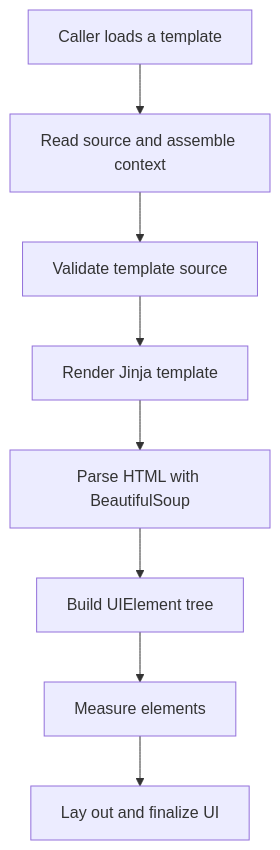
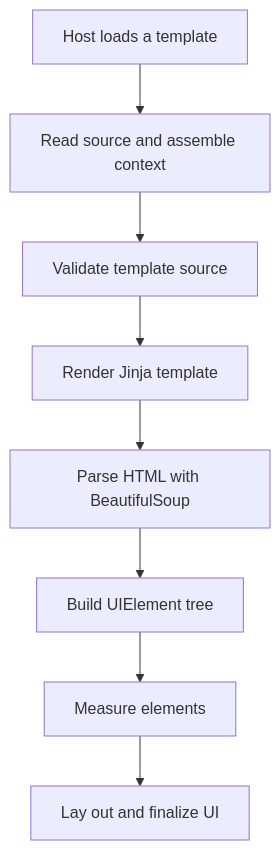
Before and after one commit to universal-core/website: the diagram in foundations/uchtml/index.md, drawn with Mermaid. The commit also changed other lines of this file and 163 other files, not shown here.

````diff
--- a/foundations/uchtml/index.md
+++ b/foundations/uchtml/index.md
@@ -17,10 +15,10 @@
 ```mermaid
 flowchart TD
-    A["Caller loads a template"] --> B["Read source and assemble context"]
+    A["Host loads a template"] --> B["Read source and assemble context"]
     B --> C["Validate template source"]
     C --> D["Render Jinja template"]
     D --> E["Parse HTML with BeautifulSoup"]
     E --> F["Build UIElement tree"]
     F --> G["Measure elements"]
     G --> H["Lay out and finalize UI"]
 ```
````
